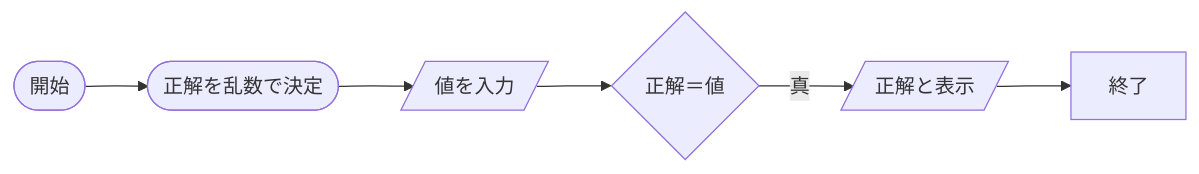
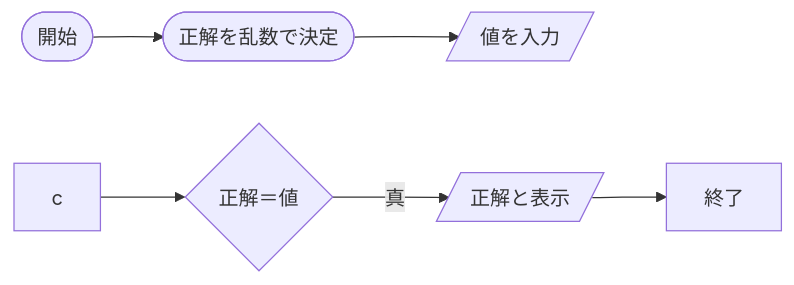
Before and after one commit to tpu-game-2022/mermaid_test: the diagram in README.md, drawn with Mermaid.

````diff
--- a/README.md
+++ b/README.md
@@ -20,8 +20,8 @@
 ```mermaid
 flowchart LR;
   A(["開始"]) --> B(["正解を乱数で決定"]);
-  B --> C[/値を入力/]
-  C --> D{正解＝値}
-  D --　真 -->E[/正解と表示/];
+  B --> C[/"値を入力"/]
+  c --> D{"正解＝値"}
+  D --　真 -->E[/"正解と表示"/];
   E --> F["終了"];
 ```
````
